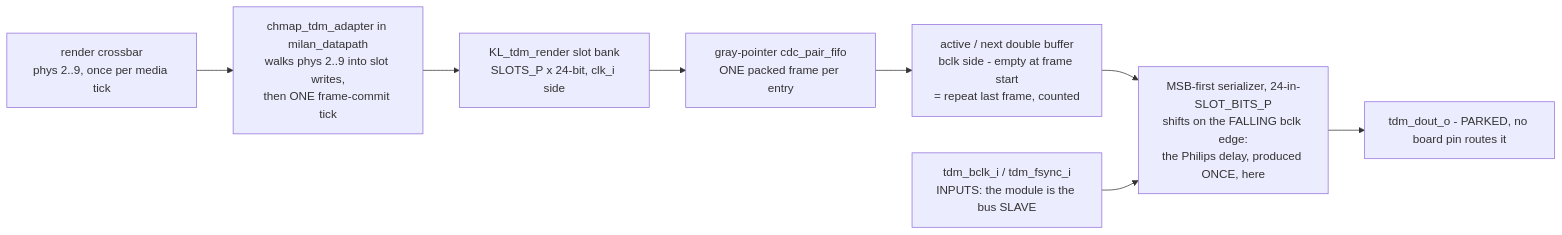
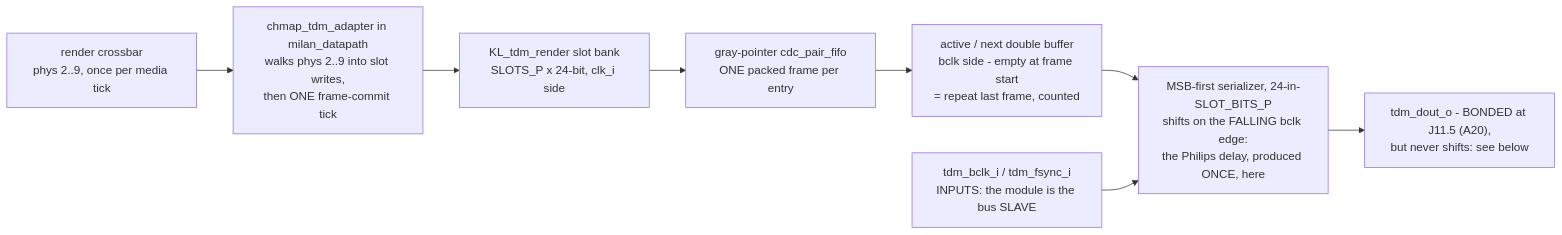
One commit to kebag-logic/milan-fpga changed the third of 3 diagrams in docs/CHANNEL_MAP_64.md. Above: the diagram before and after it, drawn with Mermaid. The commit also changed other lines of this file and 59 other files, not shown here.

````diff
--- a/docs/CHANNEL_MAP_64.md
+++ b/docs/CHANNEL_MAP_64.md
@@ -683,14 +683,14 @@
 ```mermaid
 flowchart LR
     XB["render crossbar<br/>phys 2..9, once per media tick"]
     ADP["chmap_tdm_adapter in milan_datapath<br/>walks phys 2..9 into slot writes,<br/>then ONE frame-commit tick"]
     BANK["KL_tdm_render slot bank<br/>SLOTS_P x 24-bit, clk_i side"]
     CDC["gray-pointer cdc_pair_fifo<br/>ONE packed frame per entry"]
     DBL["active / next double buffer<br/>bclk side - empty at frame start<br/>= repeat last frame, counted"]
     SER["MSB-first serializer, 24-in-SLOT_BITS_P<br/>shifts on the FALLING bclk edge:<br/>the Philips delay, produced ONCE, here"]
-    OUT["tdm_dout_o - PARKED, no board pin routes it"]
+    OUT["tdm_dout_o - BONDED at J11.5 (A20),<br/>but never shifts: see below"]
     EXT["tdm_bclk_i / tdm_fsync_i<br/>INPUTS: the module is the bus SLAVE"]
 
     XB --> ADP --> BANK --> CDC --> DBL --> SER --> OUT
     EXT --> SER
 ```
````
